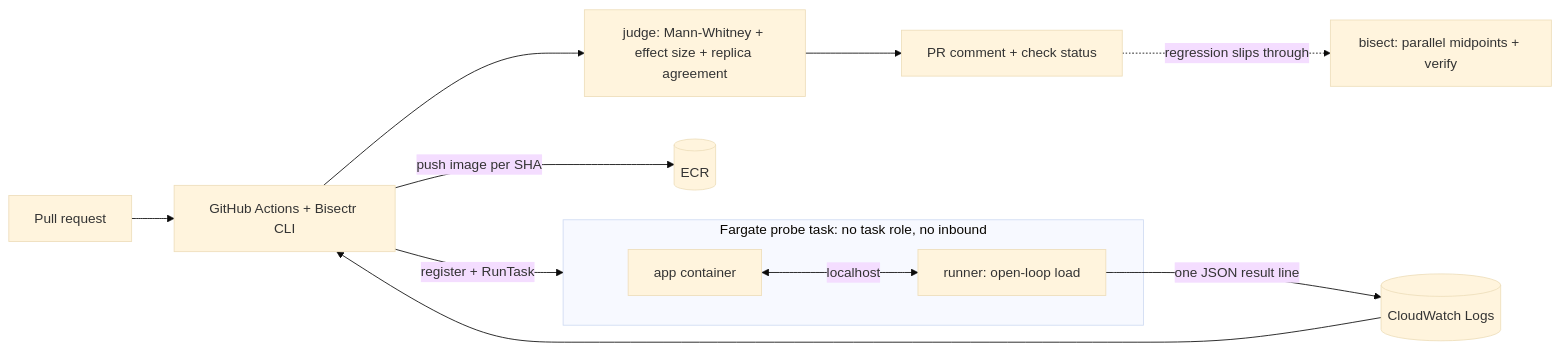
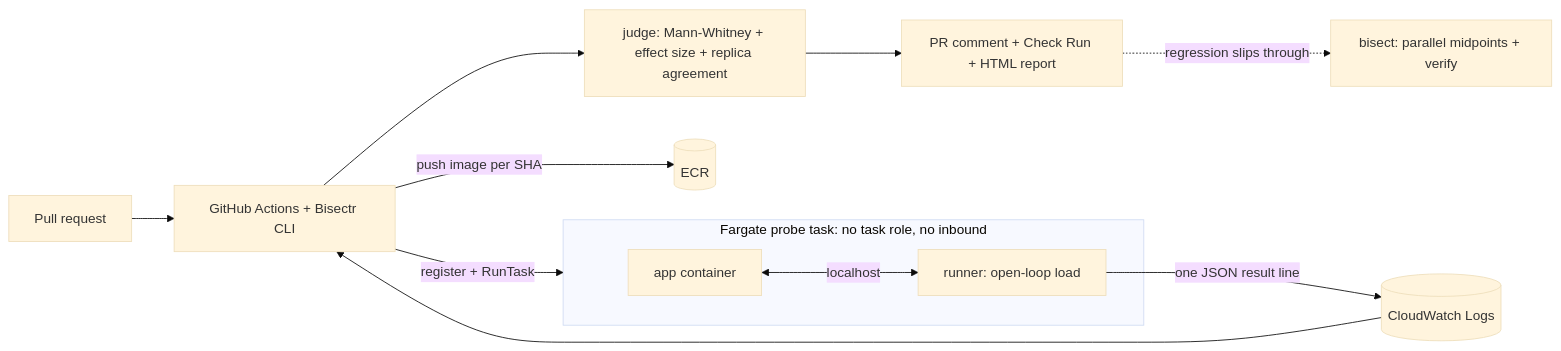
One commit to aryan-95/bisectr changed the diagram in README.md. Above: the diagram before and after it, drawn with Mermaid (base theme). The commit also changed other lines of this file and 47 other files, not shown here.

````diff
--- a/README.md
+++ b/README.md
@@ -15,14 +15,14 @@
 ```mermaid
 flowchart LR
   PR[Pull request] --> GH[GitHub Actions + Bisectr CLI]
   GH -->|push image per SHA| ECR[(ECR)]
   GH -->|register + RunTask| ECS
   subgraph ECS[Fargate probe task: no task role, no inbound]
     APP[app container] <-->|localhost| RUN[runner: open-loop load]
   end
   RUN -->|one JSON result line| CWL[(CloudWatch Logs)]
   CWL --> GH
   GH --> JUDGE[judge: Mann-Whitney + effect size + replica agreement]
-  JUDGE --> OUT[PR comment + check status]
+  JUDGE --> OUT[PR comment + Check Run + HTML report]
   OUT -.regression slips through.-> BIS[bisect: parallel midpoints + verify]
 ```
````
